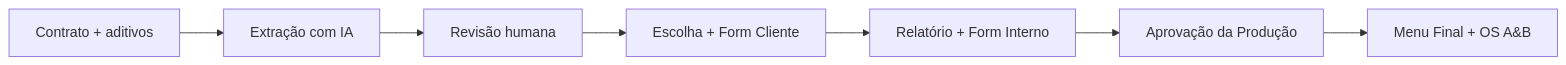
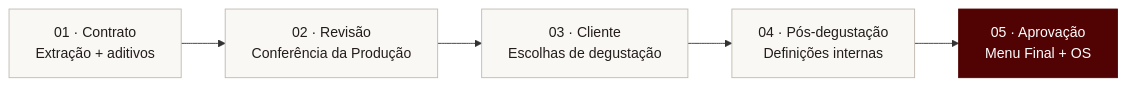
Before and after one commit to GPTrioTech/AB-producao: the diagram in README.md, drawn with Mermaid. The commit also changed other lines of this file and 1 other file, not shown here.

````diff
--- a/README.md
+++ b/README.md
@@ -33,9 +46,11 @@
 ```mermaid
 flowchart LR
-    A["Contrato + aditivos"] --> B["Extração com IA"]
-    B --> C["Revisão humana"]
-    C --> D["Escolha + Form Cliente"]
-    D --> E["Relatório + Form Interno"]
-    E --> F["Aprovação da Produção"]
-    F --> G["Menu Final + OS A&B"]
+    A["01 · Contrato<br/>Extração + aditivos"] --> B["02 · Revisão<br/>Conferência da Produção"]
+    B --> C["03 · Cliente<br/>Escolhas de degustação"]
+    C --> D["04 · Pós-degustação<br/>Definições internas"]
+    D --> E["05 · Aprovação<br/>Menu Final + OS"]
+    classDef etapa fill:#F9F8F4,stroke:#BFB8AF,color:#231D1A;
+    classDef final fill:#510303,stroke:#510303,color:#FFFFFF;
+    class A,B,C,D etapa;
+    class E final;
 ```
````
